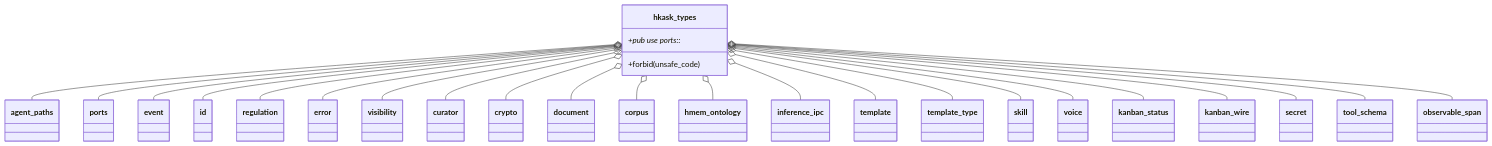
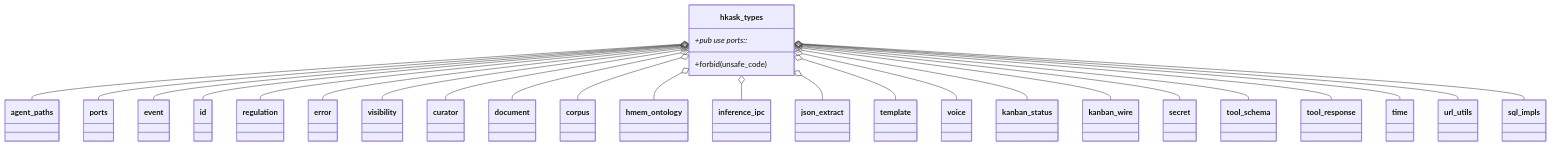
The first of 4 diagrams in kask/docs/diataxis/hkask-types/reference.md (mdz-axo/zed-kask), drawn with Mermaid before and after one commit. The commit also changed other lines of this file and 41 other files, not shown here.

````diff
--- a/kask/docs/diataxis/hkask-types/reference.md
+++ b/kask/docs/diataxis/hkask-types/reference.md
@@ -75,52 +75,54 @@
 ```mermaid
 classDiagram
     class hkask_types {
         +forbid(unsafe_code)
         +pub use ports::*
     }
     class agent_paths
     class ports
     class event
     class id
     class regulation
     class error
     class visibility
     class curator
-    class crypto
     class document
     class corpus
     class hmem_ontology
     class inference_ipc
+    class json_extract
     class template
-    class template_type
-    class skill
     class voice
     class kanban_status
     class kanban_wire
     class secret
     class tool_schema
-    class observable_span
+    class tool_response
+    class time
+    class url_utils
+    class sql_impls
 
     hkask_types o-- agent_paths
     hkask_types o-- ports
     hkask_types o-- event
     hkask_types o-- id
     hkask_types o-- regulation
     hkask_types o-- error
     hkask_types o-- visibility
     hkask_types o-- curator
-    hkask_types o-- crypto
     hkask_types o-- document
     hkask_types o-- corpus
     hkask_types o-- hmem_ontology
     hkask_types o-- inference_ipc
+    hkask_types o-- json_extract
     hkask_types o-- template
-    hkask_types o-- template_type
-    hkask_types o-- skill
     hkask_types o-- voice
     hkask_types o-- kanban_status
     hkask_types o-- kanban_wire
     hkask_types o-- secret
     hkask_types o-- tool_schema
-    hkask_types o-- observable_span
+    hkask_types o-- tool_response
+    hkask_types o-- time
+    hkask_types o-- url_utils
+    hkask_types o-- sql_impls
 ```
````
